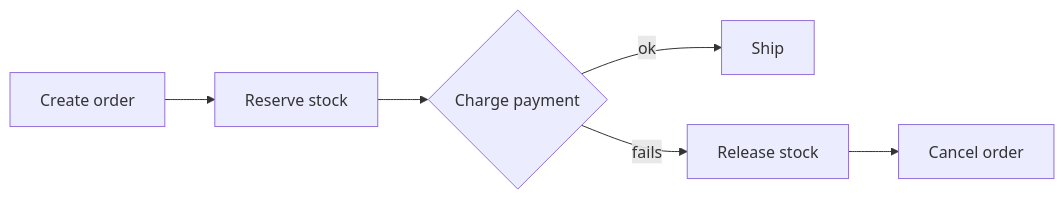
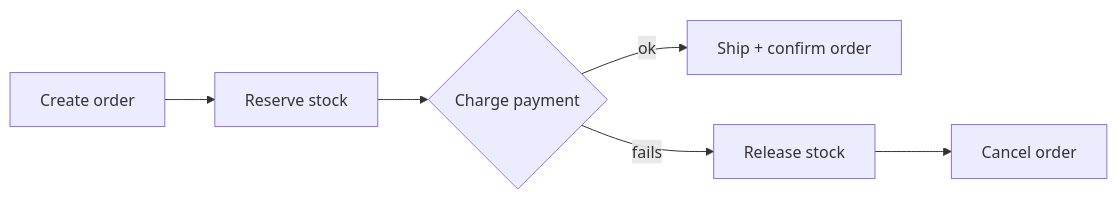
Before and after one commit to priyodas12/system-design-101: the second of 4 diagrams in _02_Fundamentals/distributed-transactions.md, drawn with Mermaid. The commit also changed other lines of this file and 10 other files, not shown here.

````diff
--- a/_02_Fundamentals/distributed-transactions.md
+++ b/_02_Fundamentals/distributed-transactions.md
@@ -26,6 +106,6 @@
 ```mermaid
 flowchart LR
   A[Create order] --> B[Reserve stock] --> C{Charge payment}
-  C -->|ok| D[Ship]
+  C -->|ok| D[Ship + confirm order]
   C -->|fails| E[Release stock] --> F[Cancel order]
 ```
````
